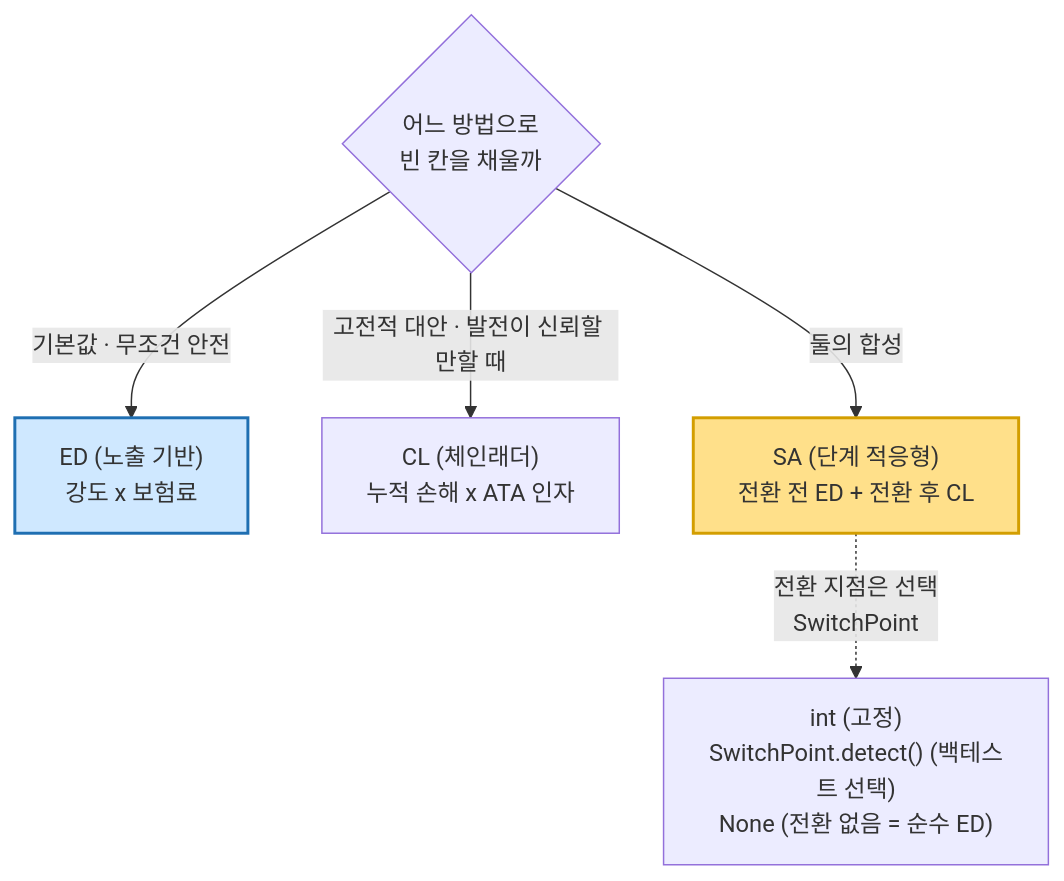
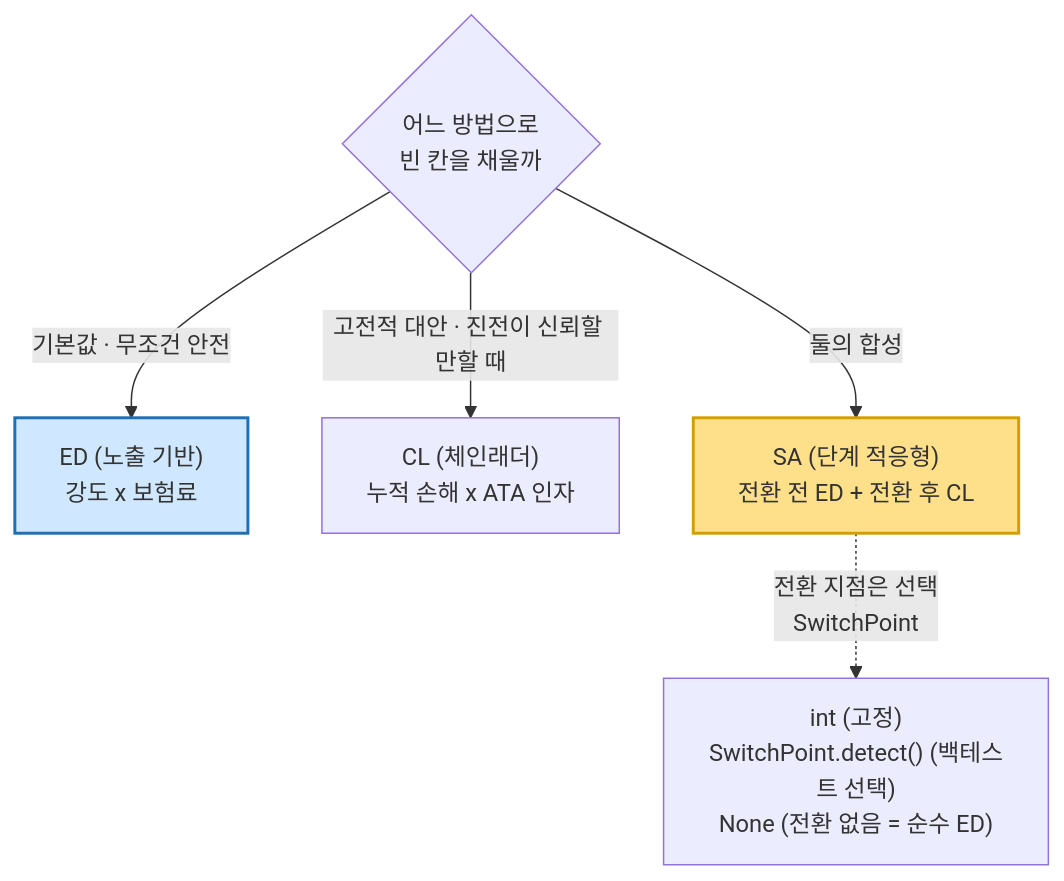
Before and after one commit to seokhoonj/lossratio: the diagram in docs/tutorial/04-projection.md, drawn with Mermaid. The commit also changed other lines of this file and 5 other files, not shown here.

````diff
--- a/docs/tutorial/04-projection.md
+++ b/docs/tutorial/04-projection.md
@@ -28,10 +28,10 @@
 ```{mermaid}
 flowchart TD
   Q{"어느 방법으로<br/>빈 칸을 채울까"}
   Q -->|"기본값 · 무조건 안전"| ED["ED (노출 기반)<br/>강도 x 보험료"]
-  Q -->|"고전적 대안 · 발전이 신뢰할 만할 때"| CL["CL (체인래더)<br/>누적 손해 x ATA 인자"]
+  Q -->|"고전적 대안 · 진전이 신뢰할 만할 때"| CL["CL (체인래더)<br/>누적 손해 x ATA 인자"]
   Q -->|"둘의 합성"| SA["SA (단계 적응형)<br/>전환 전 ED + 전환 후 CL"]
   SA -.->|"전환 지점은 선택<br/>SwitchPoint"| SP["int (고정)<br/>SwitchPoint.detect() (백테스트 선택)<br/>None (전환 없음 = 순수 ED)"]
   style ED fill:#cfe8ff,stroke:#1f6fb2,stroke-width:2px
   style SA fill:#ffe08a,stroke:#d39e00,stroke-width:2px
 ```
````
